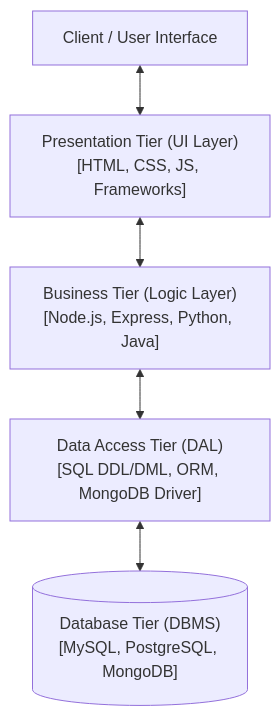
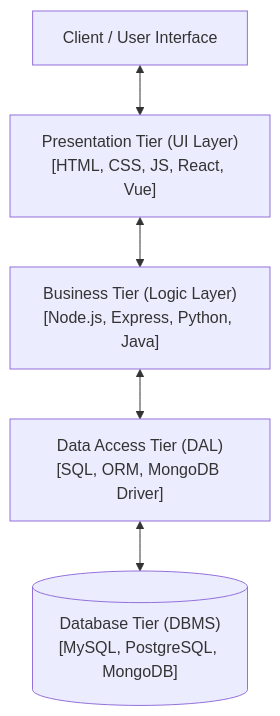
One commit to DeepLumiere/DeepSkills changed the first of 2 diagrams in notes/web_development/Unit_01_Full_Stack_Basics.md. Above: the diagram before and after it, drawn with Mermaid. The commit also changed other lines of this file, not shown here.

First line of the commit message:
Detail web dev JSON, Node.js, Vue, Tailwind, and Bootstrap notes

````diff
--- a/notes/web_development/Unit_01_Full_Stack_Basics.md
+++ b/notes/web_development/Unit_01_Full_Stack_Basics.md
@@ -85,7 +34,7 @@
 ```mermaid
 flowchart TD
-    Client["Client / User Interface"] <--> Presentation["Presentation Tier (UI Layer)<br>[HTML, CSS, JS, Frameworks]"]
+    Client["Client / User Interface"] <--> Presentation["Presentation Tier (UI Layer)<br>[HTML, CSS, JS, React, Vue]"]
     Presentation <--> Business["Business Tier (Logic Layer)<br>[Node.js, Express, Python, Java]"]
-    Business <--> DataAccess["Data Access Tier (DAL)<br>[SQL DDL/DML, ORM, MongoDB Driver]"]
+    Business <--> DataAccess["Data Access Tier (DAL)<br>[SQL, ORM, MongoDB Driver]"]
     DataAccess <--> Database[("Database Tier (DBMS)<br>[MySQL, PostgreSQL, MongoDB]")]
 ```
````
